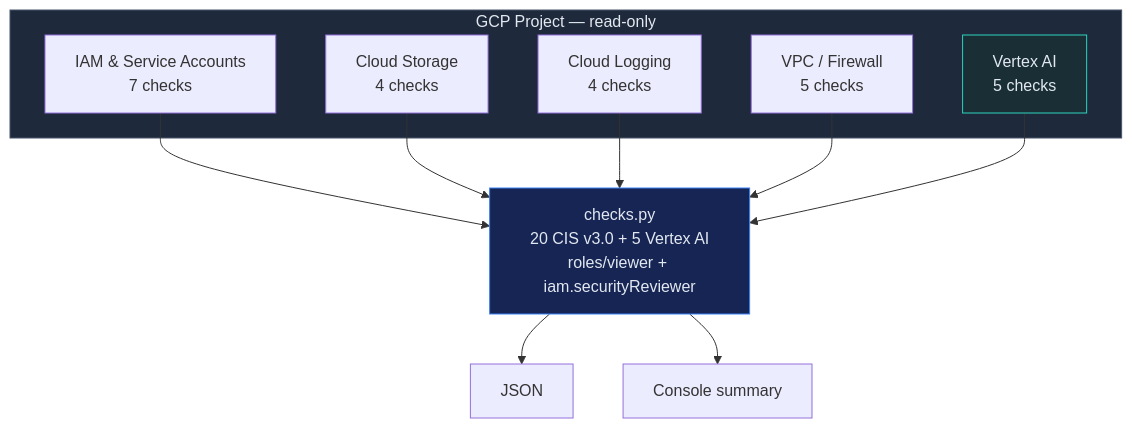
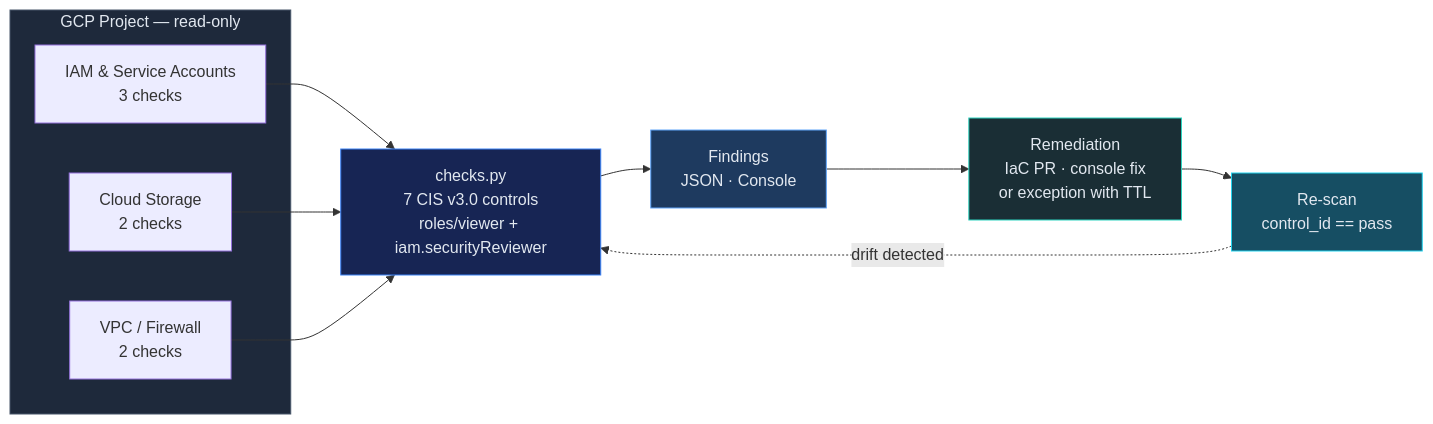
One commit to msaad00/cloud-security changed the diagram in skills/cspm-gcp-cis-benchmark/SKILL.md. Above: the diagram before and after it, drawn with Mermaid. The commit also changed other lines of this file and 11 other files, not shown here.

````diff
--- a/skills/cspm-gcp-cis-benchmark/SKILL.md
+++ b/skills/cspm-gcp-cis-benchmark/SKILL.md
@@ -40,25 +49,22 @@
 ```mermaid
-flowchart TD
+flowchart LR
     subgraph GCP["GCP Project — read-only"]
-        IAM["IAM & Service Accounts<br/>7 checks"]
-        GCS["Cloud Storage<br/>4 checks"]
-        LOG["Cloud Logging<br/>4 checks"]
-        NET["VPC / Firewall<br/>5 checks"]
-        VAI["Vertex AI<br/>5 checks"]
+        IAM["IAM & Service Accounts<br/>3 checks"]
+        GCS["Cloud Storage<br/>2 checks"]
+        NET["VPC / Firewall<br/>2 checks"]
     end
 
-    CHK["checks.py<br/>20 CIS v3.0 + 5 Vertex AI<br/>roles/viewer + iam.securityReviewer"]
+    CHK["checks.py<br/>7 CIS v3.0 controls<br/>roles/viewer + iam.securityReviewer"]
+    OUT["Findings<br/>JSON · Console"]
+    FIX["Remediation<br/>IaC PR · console fix<br/>or exception with TTL"]
+    VERIFY["Re-scan<br/>control_id == pass"]
 
-    IAM --> CHK
-    GCS --> CHK
-    LOG --> CHK
-    NET --> CHK
-    VAI --> CHK
-
-    CHK --> JSON["JSON"]
-    CHK --> CON["Console summary"]
+    IAM & GCS & NET --> CHK --> OUT --> FIX --> VERIFY
+    VERIFY -. drift detected .-> CHK
 
     style GCP fill:#1e293b,stroke:#475569,color:#e2e8f0
     style CHK fill:#172554,stroke:#3b82f6,color:#e2e8f0
-    style VAI fill:#1a2e35,stroke:#2dd4bf,color:#e2e8f0
+    style OUT fill:#1e3a5f,stroke:#60a5fa,color:#e2e8f0
+    style FIX fill:#1a2e35,stroke:#2dd4bf,color:#e2e8f0
+    style VERIFY fill:#164e63,stroke:#22d3ee,color:#e2e8f0
 ```
````
